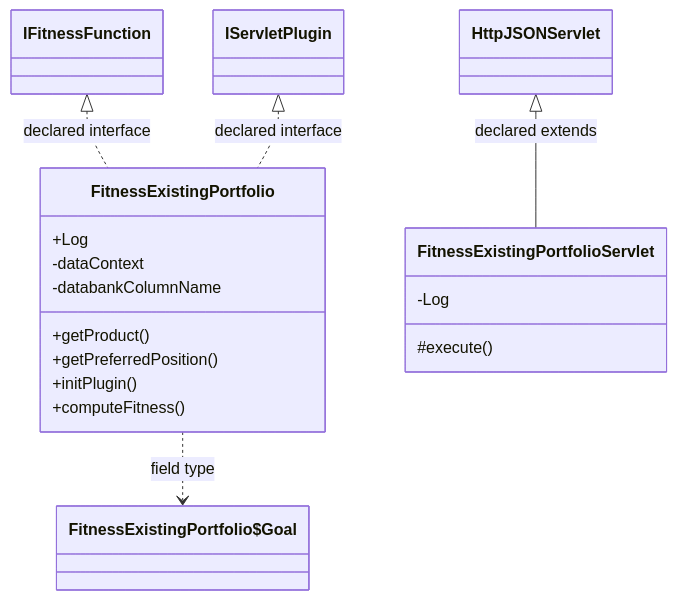
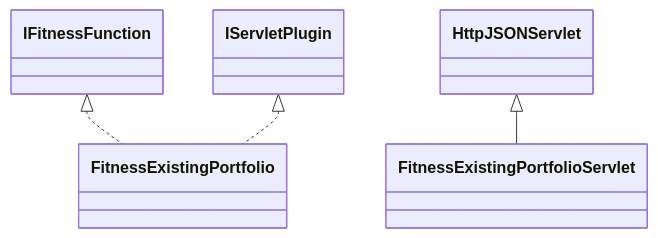
The diagram in docs/sqx/Shared/FitnessMethodExistingPortfolio.md (haruperi/HaruQuantAI), drawn with Mermaid before and after one commit. The commit also changed other lines of this file and 1688 other files, not shown here.

````diff
--- a/docs/sqx/Shared/FitnessMethodExistingPortfolio.md
+++ b/docs/sqx/Shared/FitnessMethodExistingPortfolio.md
@@ -30,24 +26,11 @@
 ```mermaid
 classDiagram
-    class C8d6cdfc185ef["FitnessExistingPortfolio"] {
-        +Log
-        -dataContext
-        -databankColumnName
-        +getProduct()
-        +getPreferredPosition()
-        +initPlugin()
-        +computeFitness()
-    }
-    class C4accb43bdb59["FitnessExistingPortfolioServlet"] {
-        -Log
-        #execute()
-    }
-    class C58fa05ebf853["FitnessExistingPortfolio$Goal"]
-    class C76653c322567["IFitnessFunction"]
-    class C249b5c671b1a["IServletPlugin"]
-    class C8900f90ae594["HttpJSONServlet"]
-    C76653c322567 <|.. C8d6cdfc185ef : declared interface
-    C249b5c671b1a <|.. C8d6cdfc185ef : declared interface
-    C8d6cdfc185ef ..> C58fa05ebf853 : field type
-    C8900f90ae594 <|-- C4accb43bdb59 : declared extends
+    class C0["FitnessExistingPortfolio"]
+    class C1["FitnessExistingPortfolioServlet"]
+    class E0["IFitnessFunction"]
+    E0 <|.. C0
+    class E1["IServletPlugin"]
+    E1 <|.. C0
+    class E2["HttpJSONServlet"]
+    E2 <|-- C1
 ```
````
